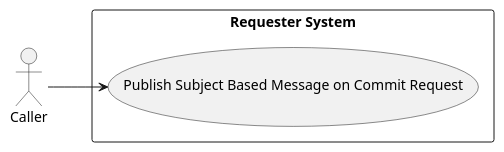
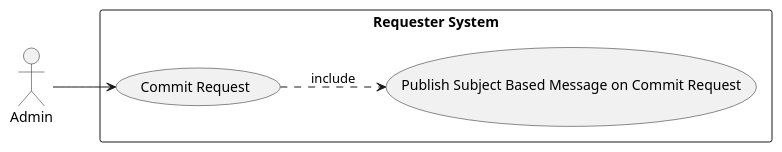
Before and after one commit to fwidjaya20/fazzlearning-uml: the diagram in UseCase/Release04/RequesterSubSystem.wsd, drawn with PlantUML. The commit also changed 4 other files, not shown here.

```diff
--- a/UseCase/Release04/RequesterSubSystem.wsd
+++ b/UseCase/Release04/RequesterSubSystem.wsd
@@ -1,15 +1,17 @@
 @startuml RequesterSubSystem
 
 left to right direction
 
 skinparam Monochrome true
 skinparam Shadowing false
 skinparam packageStyle rectangle
 
-actor Caller
+actor Admin
 
 rectangle "Requester System" {
-    Caller --> (Publish Subject Based Message on Commit Request)
+    Admin --> (Commit Request)
+    
+    (Commit Request) ..> (Publish Subject Based Message on Commit Request) : include
 }
 
 @enduml
```
